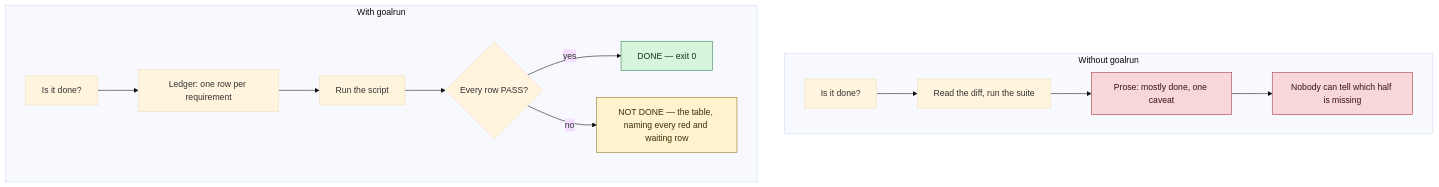
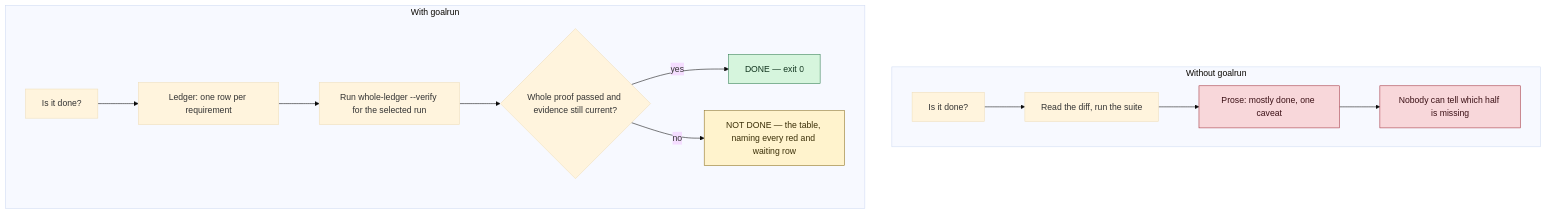
One commit to xtieume/testcase changed the second of 4 diagrams in docs/how-it-works.md. Above: the diagram before and after it, drawn with Mermaid (base theme). The commit also changed other lines of this file and 24 other files, not shown here.

````diff
--- a/docs/how-it-works.md
+++ b/docs/how-it-works.md
@@ -69,27 +70,27 @@
 ```mermaid
 flowchart TD
     subgraph WITHOUT["Without goalrun"]
         W1["Is it done?"]
         W2["Read the diff, run the suite"]
         W3["Prose: mostly done, one caveat"]
         W4["Nobody can tell which half is missing"]
         W1 --> W2 --> W3 --> W4
     end
 
     subgraph WITH["With goalrun"]
         G1["Is it done?"]
         G2["Ledger: one row per requirement"]
-        G3["Run the script"]
-        G4{"Every row PASS?"}
+        G3["Run whole-ledger --verify for the selected run"]
+        G4{"Whole proof passed and evidence still current?"}
         G5["DONE — exit 0"]
         G6["NOT DONE — the table, naming every red and waiting row"]
         G1 --> G2 --> G3 --> G4
         G4 -->|"yes"| G5
         G4 -->|"no"| G6
     end
 
     style W3 fill:#f8d7da,stroke:#a3303b,color:#3b1015
     style W4 fill:#f8d7da,stroke:#a3303b,color:#3b1015
     style G5 fill:#d6f5dd,stroke:#2f7d4f,color:#12351f
     style G6 fill:#fff3cd,stroke:#8a6d1f,color:#3b2f08
 ```
````
